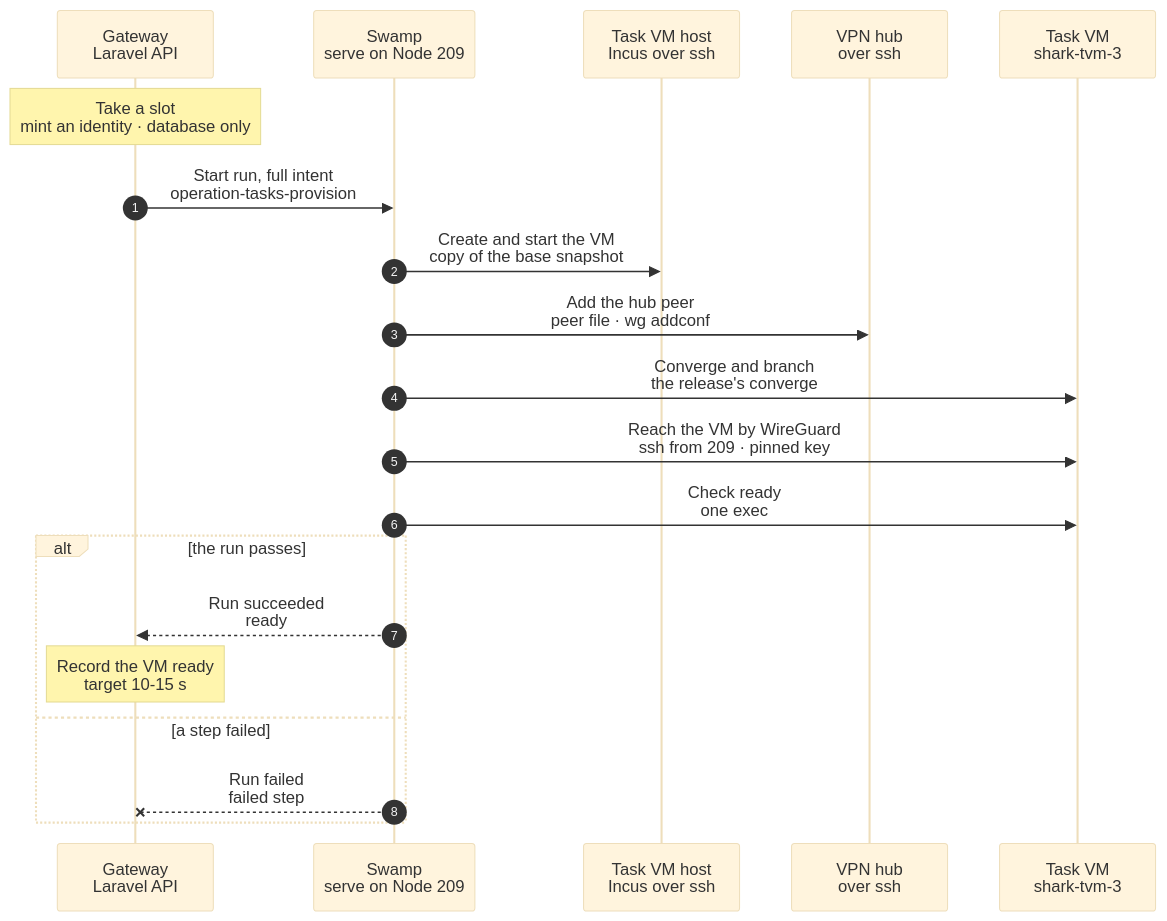
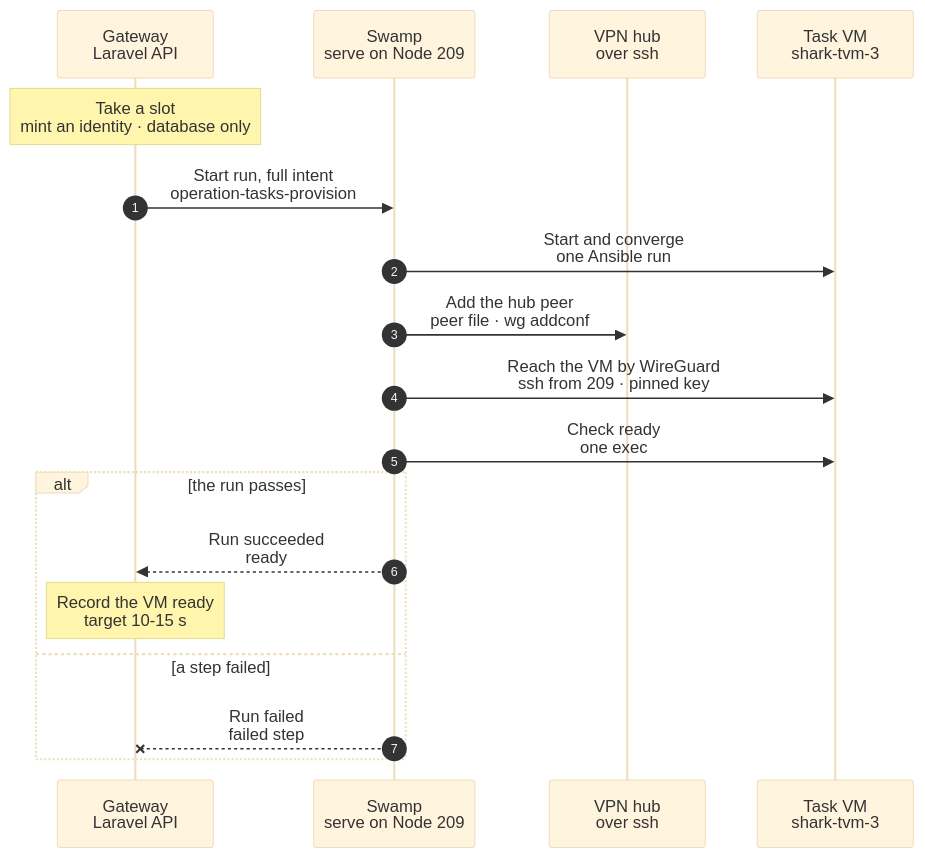
The diagram in docs/cli/tasks/provision.mmd (hardimpactdev/orbit), drawn with Mermaid (base theme) before and after one commit. The commit also changed 14 other files, not shown here.

First line of the commit message:
Task start: one Ansible run for the host part and the converge (#3175)

```diff
--- a/docs/cli/tasks/provision.mmd
+++ b/docs/cli/tasks/provision.mmd
@@ -1,58 +1,55 @@
 sequenceDiagram
   %% Target design (agreed with Nick, 2026-11-07): a task start copies the host's base VM snapshot and gives the copy a fresh identity. There are no fixed slot identities: a slot is only a place under the host's capacity (`max_vms`), and the VM is named `<host>-tvm-<n>` by its slot number.
   %% status: draft
   %% command: tasks:provision
   %% kind: tasks.provision
   autonumber
   %% lane GW icon=gateway pill=intent tone=blue
   %% lane SW icon=workflow pill=executes tone=green
-  %% lane H icon=server pill=target tone=amber
   %% lane HUB icon=server pill=target tone=purple
   %% lane VM icon=server pill=task VM tone=purple
   participant GW as Gateway<br/>Laravel API
   participant SW as Swamp<br/>serve on Node 209
-  participant H as Task VM host<br/>Incus over ssh
   participant HUB as VPN hub<br/>over ssh
   participant VM as Task VM<br/>shark-tvm-3
   Note over GW: Take a slot<br/>mint an identity · database only
   %%> Started by:
   %%> - `tasks:provision` for a todo group, from proof CI or feature work
   %%> Result:
   %%> - the lowest free slot number under the capacity of the host with the most room: `shark-tvm-3`
   %%> - a fresh identity: the Node record with its `app-dev` role, a WireGuard key pair, the agent secret and an SSH host key, pinned on the Node from the start so nothing is read back
   %%> - the claim's Pi token and Pi models file in the vault; the file holds the model router guard origin and the one fixed model key, the same for every VM
   GW->>SW: Start run, full intent<br/>operation-tasks-provision
-  SW->>H: Create and start the VM<br/>copy of the base snapshot
+  SW->>VM: Start and converge<br/>one Ansible run
   %%> What it does:
-  %%> - one host phase: `incus copy` of the base VM's recorded snapshot and a clone of its seed snapshot (ZFS clones); an identity volume of the VM with the identity and the claim (the Pi token and the Pi models file), pushed from the vault on stdin; then `incus start`. It waits for nothing in the guest
+  %%> - one `ansible-playbook` run with two parts, and no second start: the host part runs on the task VM host over ssh, then the converge runs on the VM over WireGuard
+  %%> - host part: `incus copy` of the base VM's recorded snapshot and a clone of its seed snapshot (ZFS clones); an identity volume of the VM with the identity and the claim (the Pi token and the Pi models file), pushed from the vault on stdin; then `incus start`. It waits for nothing in the guest
   %%> - Pi calls the guard with the fixed key from the VM's own WireGuard address; the start makes no model router call and registers no key
   %%> - at boot, the base's `orbit-identity` unit applies the identity volume before sshd, WireGuard and the agent start, then unmounts it; sshd answers over WireGuard about 6 s after the start
   %%> - the containers start by themselves (`boot.autostart`) and already hold the proof Swamp Club key of the base
-  SW->>HUB: Add the hub peer<br/>peer file · wg addconf
-  %%> Runs beside the step before it: Swamp starts both at once.
-  %%> What it does:
-  %%> - the VM's public key and address on the WireGuard hub, while the VM boots
-  SW->>VM: Converge and branch<br/>the release's converge
-  %%> What it does:
-  %%> - the same Ansible converge as the release refresh, over WireGuard with the address and host key of the admission; it starts as soon as sshd answers and reads nothing back from the host
-  %%> - the glue is two steps: write the intent once, then one step that builds the playbook input and starts Ansible; the address and host key come from the admission, so nothing is read from the host
+  %%> - converge part: the same Ansible converge as the release refresh, with the address and host key of the admission; it starts as soon as sshd answers and reads nothing back from the host
+  %%> - the glue is one write of the intent and the step that builds the playbook input and starts Ansible; nothing is read from the host
   %%> - with no delta every part is skipped, and it catches up a small delta when main moved since the last release
   %%> - the nested Gateway's services restart only when `apps/gateway` changed since the base, and its agent delivery manifest is placed only when the pinned agent build changed; a commit that changes neither does neither
   %%> - the containers' `base` snapshots belong to the refresh: a task start never retakes them
   %%> - then the new task branch on the checkout; it waits for no nested service
+  SW->>HUB: Add the hub peer<br/>peer file · wg addconf
+  %%> Runs beside the step before it: Swamp starts both at once.
+  %%> What it does:
+  %%> - the VM's public key and address on the WireGuard hub, while the VM boots; the converge part waits for the connection, and the readiness steps below wait for this step
   SW->>VM: Reach the VM by WireGuard<br/>ssh from 209 · pinned key
   %%> What it does:
   %%> - the path every later step takes (sync, check, turn, script): ssh from a Swamp worker to the VM's WireGuard address with its pinned host key
   %%> - runs beside the readiness read
   SW->>VM: Check ready<br/>one exec
   %%> What it does:
   %%> - what a task needs: the agent, Pi, the tunnel and the three containers running; Swamp's `assert` decides
   %%> - the tunnel counts as up once WireGuard has a handshake with the hub; the hub answers no ping from a task VM
   alt the run passes
     SW-->>GW: Run succeeded<br/>ready
     Note over GW: Record the VM ready<br/>target 10-15 s
   else a step failed
     SW--xGW: Run failed<br/>failed step
     %%> On failure:
     %%> - the release runs: the VM, its seed clone, its identity volume, the hub peer, the keys and the Node record go, and the slot is free
   end
```
